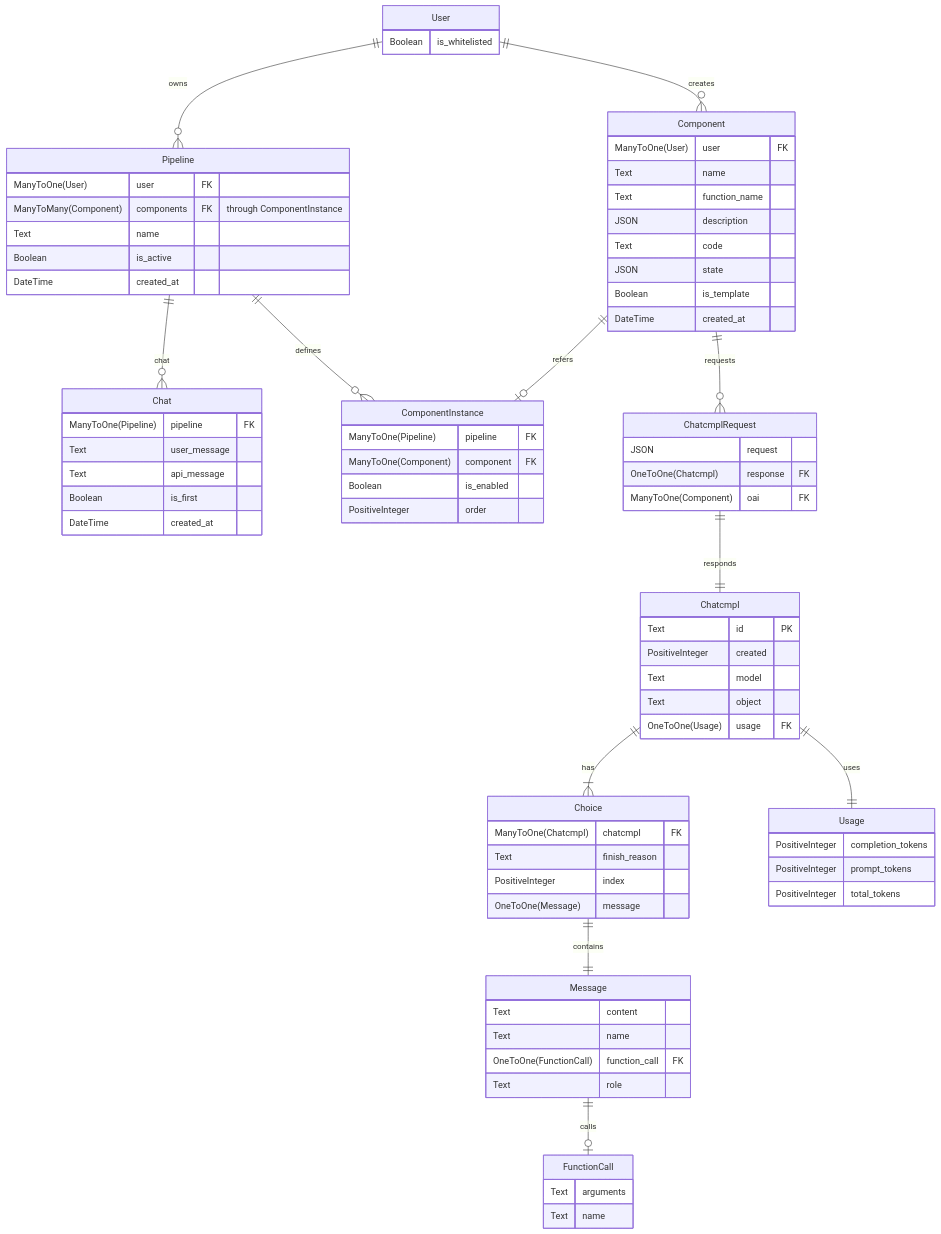
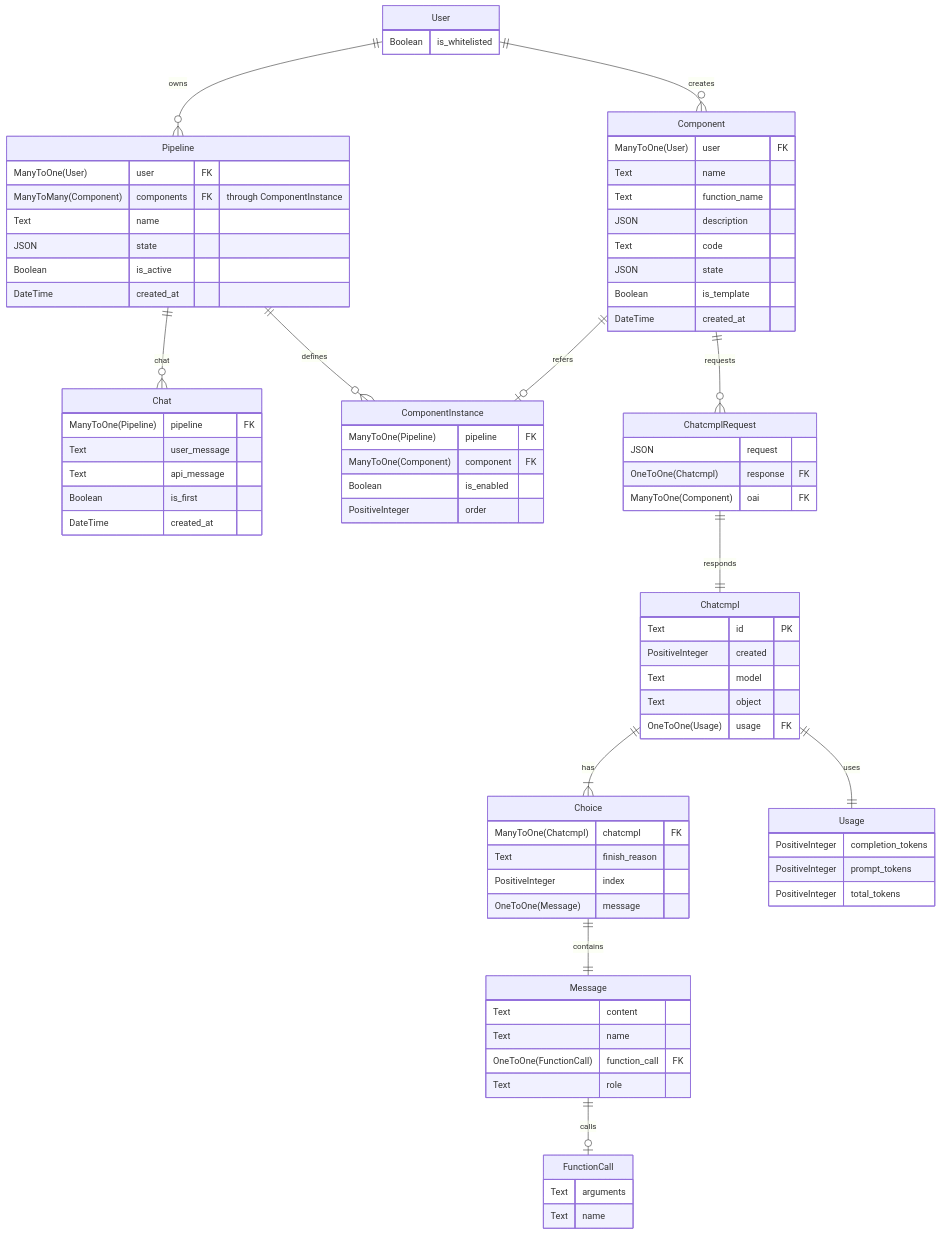
One commit to LioQing/chat-composer changed the diagram in README.md. Above: the diagram before and after it, drawn with Mermaid. The commit also changed 9 other files, not shown here.

````diff
--- a/README.md
+++ b/README.md
@@ -8,4 +8,5 @@
 ```mermaid
+
 erDiagram
     User {
         Boolean is_whitelisted
@@ -26,6 +27,7 @@
         ManyToOne(User) user FK
         ManyToMany(Component) components FK "through ComponentInstance"
         Text name
+        JSON state
         Boolean is_active
         DateTime created_at
     }
@@ -97,5 +99,4 @@
     Choice ||--|| Message : contains
     Message ||--o| FunctionCall : calls
     Chatcmpl ||--|| Usage : uses
-
 ```
````
